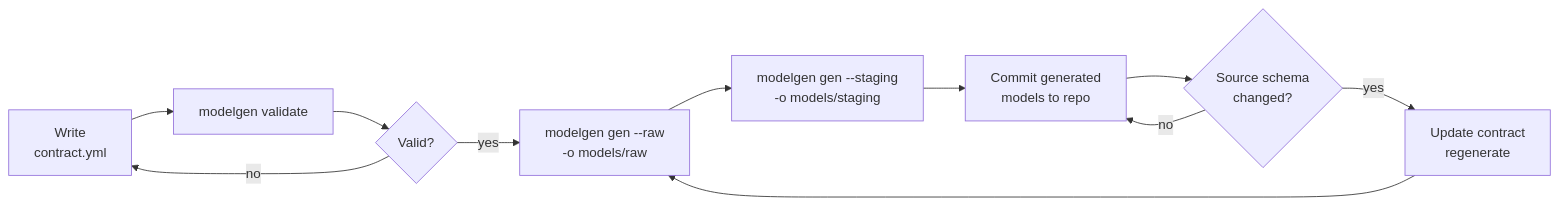
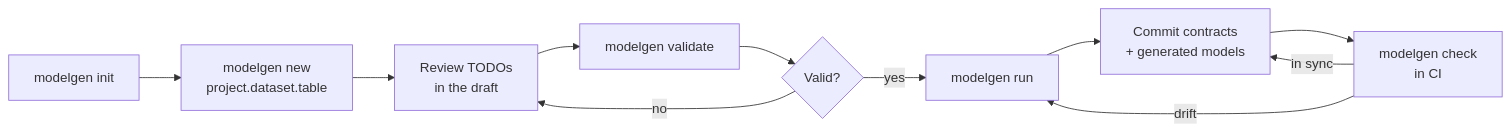
Before and after one commit to wraith-proxy/wraith-modelgen: the diagram in docs/usage.md, drawn with Mermaid. The commit also changed other lines of this file and 4 other files, not shown here.

````diff
--- a/docs/usage.md
+++ b/docs/usage.md
@@ -7,13 +8,13 @@
 ```mermaid
 flowchart LR
-    A["Write\ncontract.yml"] --> B["modelgen validate"]
-    B --> C{Valid?}
-    C -->|no| A
-    C -->|yes| D["modelgen gen --raw\n-o models/raw"]
-    D --> E["modelgen gen --staging\n-o models/staging"]
-    E --> F["Commit generated\nmodels to repo"]
-    F --> G{Source schema\nchanged?}
-    G -->|yes| H["Update contract\nregenerate"]
-    G -->|no| F
-    H --> D
+    A["modelgen init"] --> B["modelgen new\nproject.dataset.table"]
+    B --> C["Review TODOs\nin the draft"]
+    C --> D["modelgen validate"]
+    D --> E{Valid?}
+    E -->|no| C
+    E -->|yes| F["modelgen run"]
+    F --> G["Commit contracts\n+ generated models"]
+    G --> H["modelgen check\nin CI"]
+    H -->|drift| F
+    H -->|in sync| G
 ```
````
